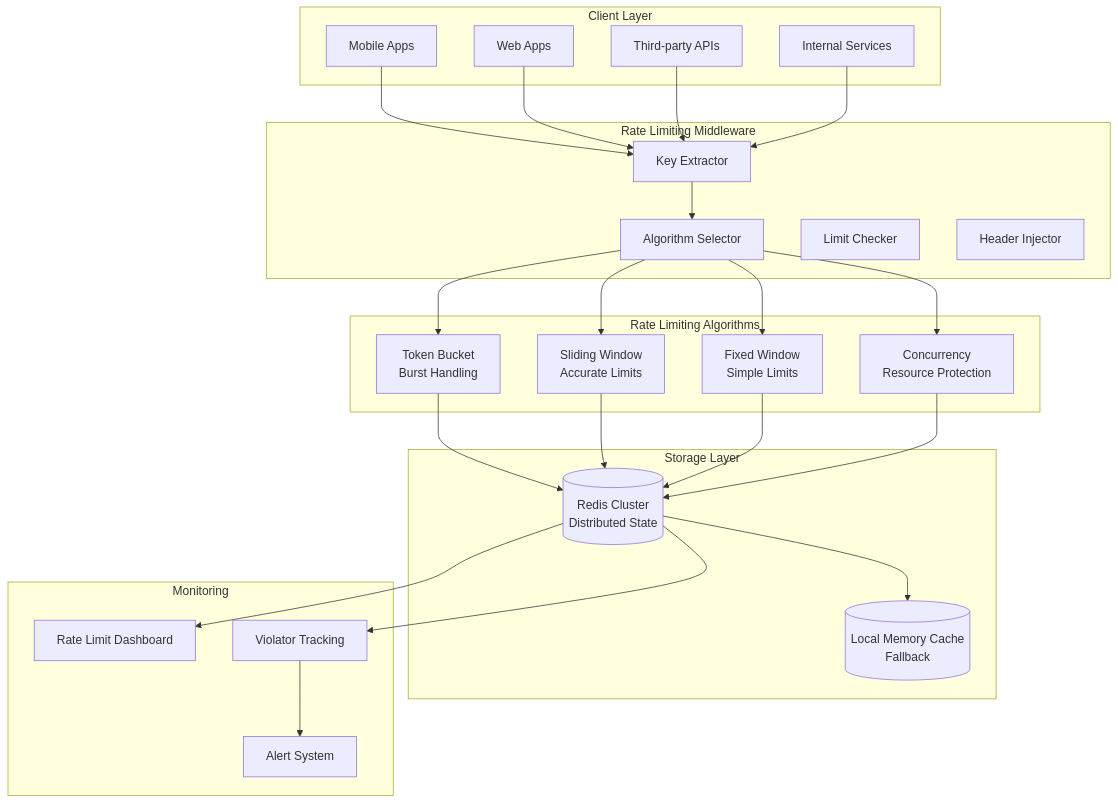
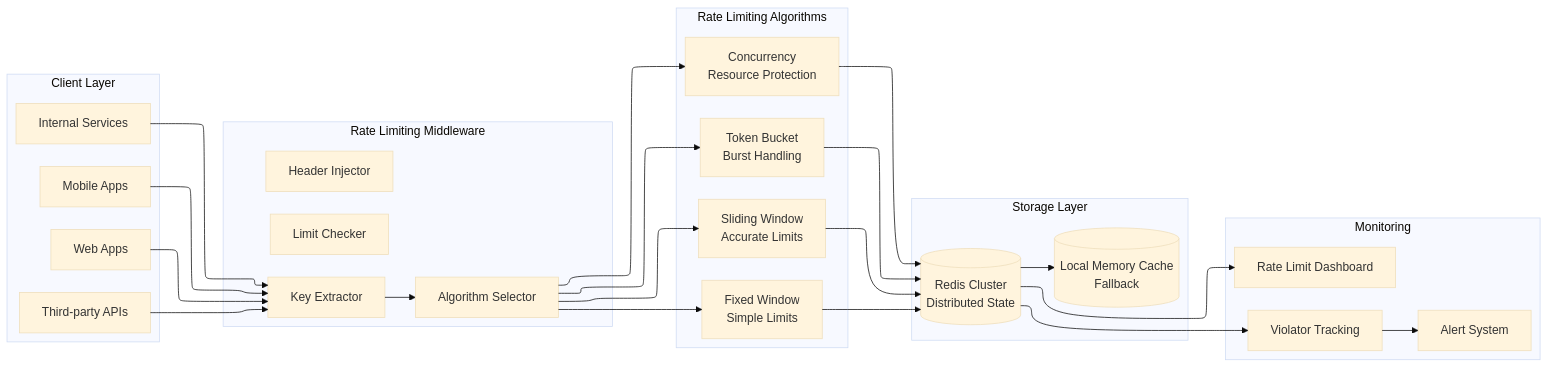
The third of 5 diagrams in Vehixcare/Architecting Resilient Systems: 20 Essential Concepts Through a .NET Lens - Part 2.md (Vineet-Sharma-Medium-Stories/Medium-Build-Tool), drawn with Mermaid before and after one commit. The commit also changed other lines of this file and 4 other files, not shown here.

````diff
--- a/Vehixcare/Architecting Resilient Systems: 20 Essential Concepts Through a .NET Lens - Part 2.md
+++ b/Vehixcare/Architecting Resilient Systems: 20 Essential Concepts Through a .NET Lens - Part 2.md
@@ -1636,56 +1677,47 @@
 ```mermaid
-graph TB
-    subgraph "Client Layer"
-        A1[Mobile Apps]
-        A2[Web Apps]
-        A3[Third-party APIs]
-        A4[Internal Services]
-    end
-    
-    subgraph "Rate Limiting Middleware"
-        B1[Key Extractor]
-        B2[Algorithm Selector]
-        B3[Limit Checker]
-        B4[Header Injector]
-    end
-    
-    subgraph "Rate Limiting Algorithms"
-        C1[Token Bucket<br/>Burst Handling]
-        C2[Sliding Window<br/>Accurate Limits]
-        C3[Fixed Window<br/>Simple Limits]
-        C4[Concurrency<br/>Resource Protection]
-    end
-    
-    subgraph "Storage Layer"
-        D1[(Redis Cluster<br/>Distributed State)]
-        D2[(Local Memory Cache<br/>Fallback)]
-    end
-    
-    subgraph "Monitoring"
-        E1[Rate Limit Dashboard]
-        E2[Violator Tracking]
-        E3[Alert System]
-    end
-    
+---
+config:
+  theme: base
+  layout: elk
+---
+flowchart LR
+ subgraph subGraph0["Client Layer"]
+        A1["Mobile Apps"]
+        A2["Web Apps"]
+        A3["Third-party APIs"]
+        A4["Internal Services"]
+  end
+ subgraph subGraph1["Rate Limiting Middleware"]
+        B1["Key Extractor"]
+        B2["Algorithm Selector"]
+        B3["Limit Checker"]
+        B4["Header Injector"]
+  end
+ subgraph subGraph2["Rate Limiting Algorithms"]
+        C1["Token Bucket<br>Burst Handling"]
+        C2["Sliding Window<br>Accurate Limits"]
+        C3["Fixed Window<br>Simple Limits"]
+        C4["Concurrency<br>Resource Protection"]
+  end
+ subgraph subGraph3["Storage Layer"]
+        D1[("Redis Cluster<br>Distributed State")]
+        D2[("Local Memory Cache<br>Fallback")]
+  end
+ subgraph Monitoring["Monitoring"]
+        E1["Rate Limit Dashboard"]
+        E2["Violator Tracking"]
+        E3["Alert System"]
+  end
     A1 --> B1
     A2 --> B1
     A3 --> B1
     A4 --> B1
-    
     B1 --> B2
-    B2 --> C1
-    B2 --> C2
-    B2 --> C3
-    B2 --> C4
-    
+    B2 --> C1 & C2 & C3 & C4
     C1 --> D1
     C2 --> D1
     C3 --> D1
     C4 --> D1
-    
-    D1 --> D2
-    
-    D1 --> E1
-    D1 --> E2
+    D1 --> D2 & E1 & E2
     E2 --> E3
 ```
````
